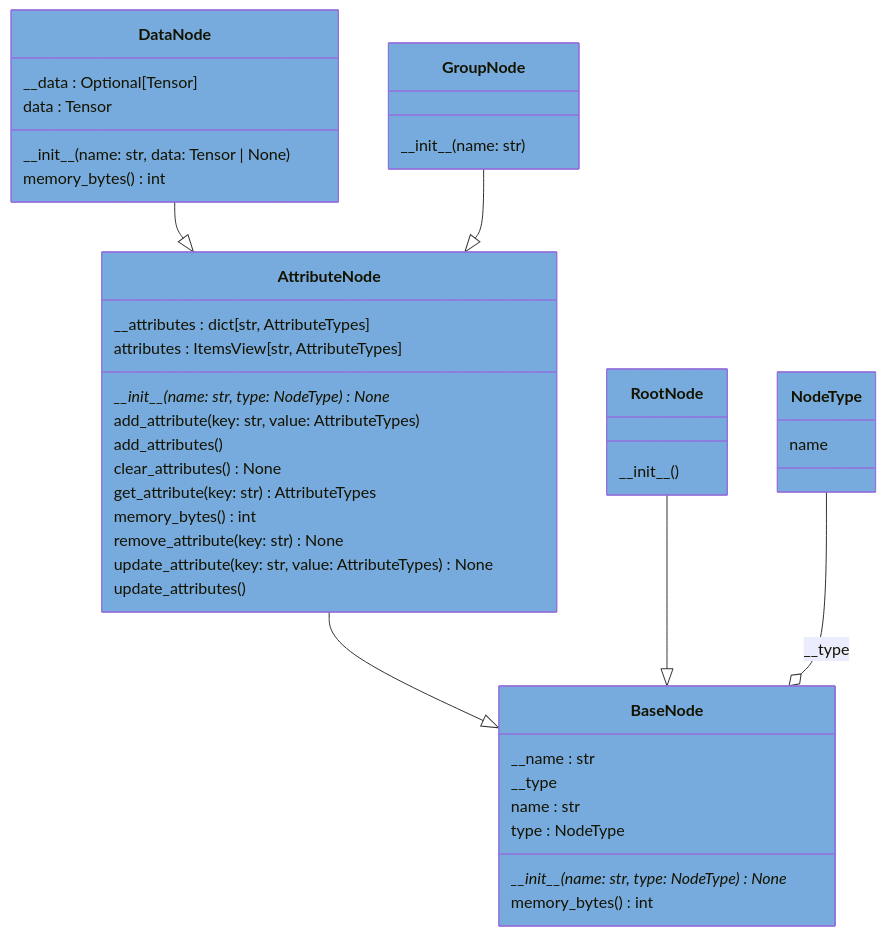
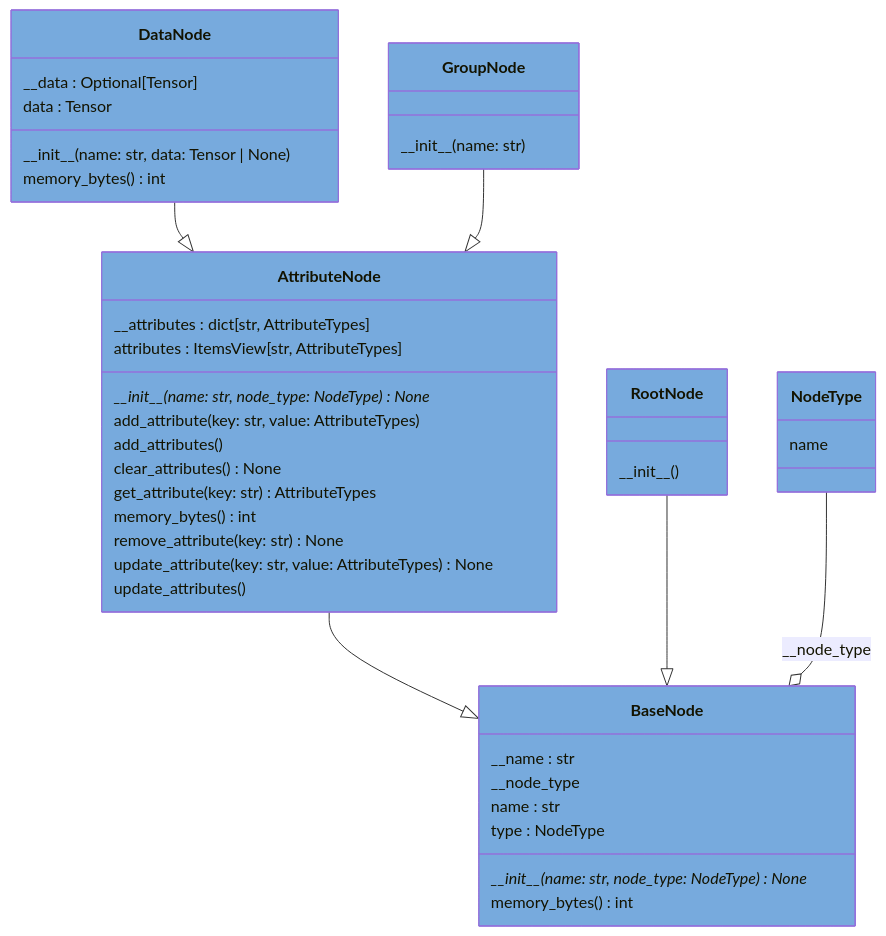
The diagram in docs/pyreverse/mermaid/classes_Node_Hierarchy.mmd (voidsy-gmbh/pyThermoNDT), drawn with Mermaid before and after one commit. The commit also changed 18 other files, not shown here.

```diff
--- a/docs/pyreverse/mermaid/classes_Node_Hierarchy.mmd
+++ b/docs/pyreverse/mermaid/classes_Node_Hierarchy.mmd
@@ -1,48 +1,48 @@
 classDiagram
   class AttributeNode {
     \_\_attributes : dict[str, AttributeTypes]
     attributes : ItemsView[str, AttributeTypes]
-    \_\_init\_\_(name: str, type: NodeType)* None
+    \_\_init\_\_(name: str, node_type: NodeType)* None
     add_attribute(key: str, value: AttributeTypes)
     add_attributes()
     clear_attributes() None
     get_attribute(key: str) AttributeTypes
     memory_bytes() int
     remove_attribute(key: str) None
     update_attribute(key: str, value: AttributeTypes) None
     update_attributes()
   }
   style AttributeNode fill:#77AADD
   class BaseNode {
     \_\_name : str
-    \_\_type
+    \_\_node_type
     name : str
     type : NodeType
-    \_\_init\_\_(name: str, type: NodeType)* None
+    \_\_init\_\_(name: str, node_type: NodeType)* None
     memory_bytes() int
   }
   style BaseNode fill:#77AADD
   class DataNode {
     \_\_data : Optional[Tensor]
     data : Tensor
     \_\_init\_\_(name: str, data: Tensor | None)
     memory_bytes() int
   }
   style DataNode fill:#77AADD
   class GroupNode {
     \_\_init\_\_(name: str)
   }
   style GroupNode fill:#77AADD
   class NodeType {
     name
   }
   style NodeType fill:#77AADD
   class RootNode {
     \_\_init\_\_()
   }
   style RootNode fill:#77AADD
   AttributeNode --|> BaseNode
   DataNode --|> AttributeNode
   GroupNode --|> AttributeNode
   RootNode --|> BaseNode
-  NodeType --o BaseNode : \_\_type
+  NodeType --o BaseNode : \_\_node_type
```
